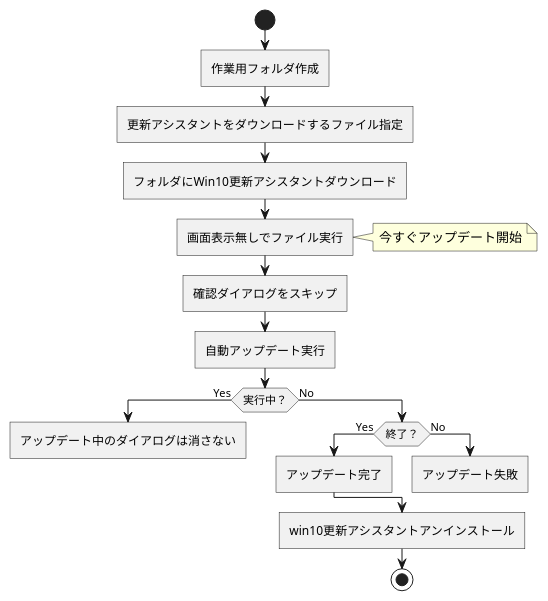
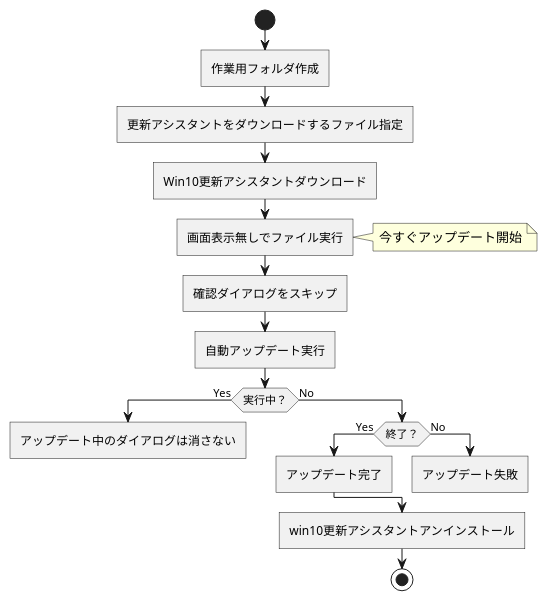
The diagram in uml.wsd (SatoIshii/ProjectX), drawn with PlantUML before and after one commit.

Commit message:
aaaaaaaaaa

```diff
--- a/uml.wsd
+++ b/uml.wsd
@@ -1,23 +1,23 @@
 @startuml [自動化スクリプト]
   start
     :作業用フォルダ作成]
     :更新アシスタントをダウンロードするファイル指定]
-    :フォルダにWin10更新アシスタントダウンロード]
+    :Win10更新アシスタントダウンロード]
     :画面表示無しでファイル実行] 
       note right: 今すぐアップデート開始
     :確認ダイアログをスキップ]
     :自動アップデート実行]
       if (実行中？) then (Yes)
       :アップデート中のダイアログは消さない]
       detach
       else(No)
       if (終了？) then(Yes)
       :アップデート完了]
       else(No)
       :アップデート失敗]
       detach
       endif 
     :win10更新アシスタントアンインストール]
   stop
 
 @enduml
```
